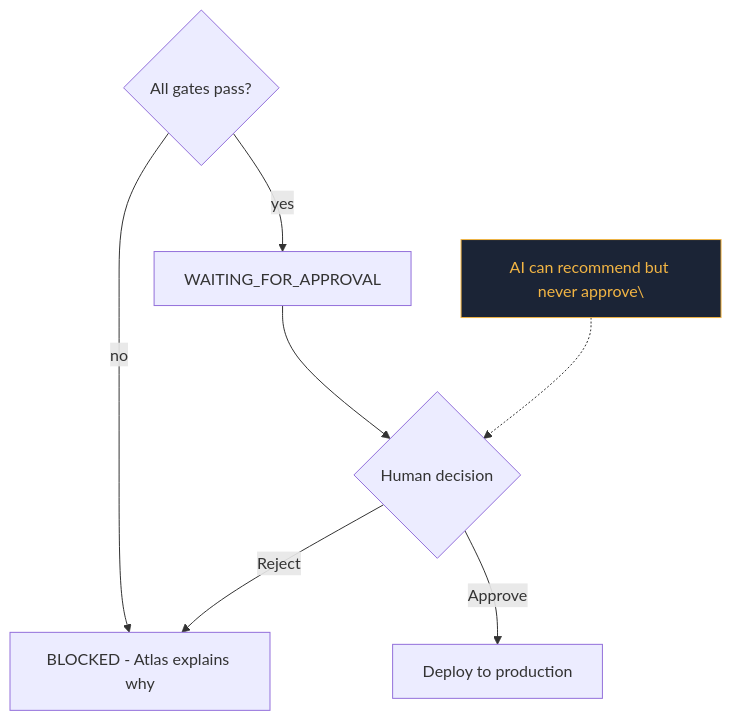
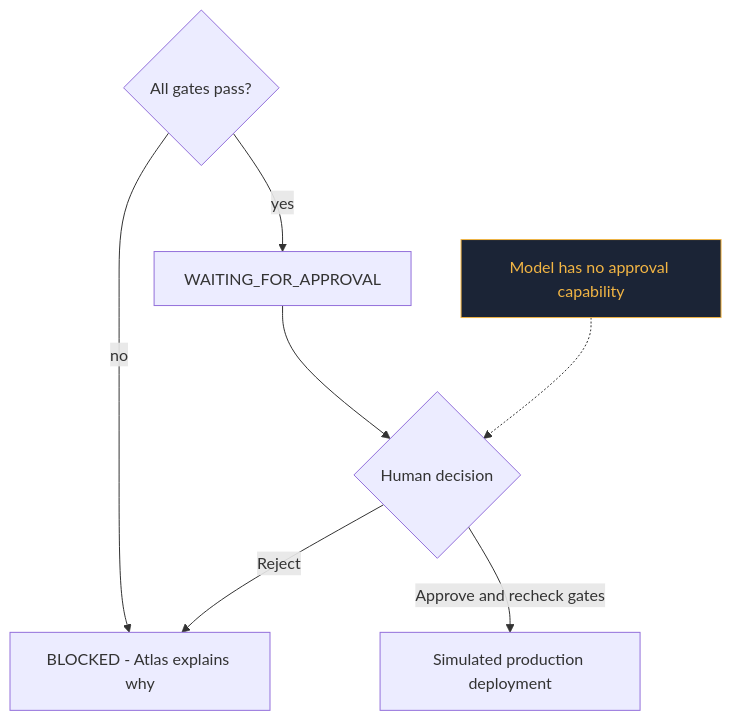
Before and after one commit to harshvishu/enterprise-copilot: the fifth of 5 diagrams in docs/architecture.md, drawn with Mermaid. The commit also changed other lines of this file and 39 other files, not shown here.

````diff
--- a/docs/architecture.md
+++ b/docs/architecture.md
@@ -136,16 +142,16 @@
 ```mermaid
 flowchart TD
 
     G{All gates pass?}
     G -->|no| B[BLOCKED - Atlas explains why]
     G -->|yes| Q[WAITING_FOR_APPROVAL]
 
     Q --> D{Human decision}
 
-    D -->|Approve| DEP[Deploy to production]
+    D -->|Approve and recheck gates| DEP[Simulated production deployment]
     D -->|Reject| B
 
-    note1[AI can recommend but never approve\]:::n -.-> D
+    note1[Model has no approval capability]:::n -.-> D
 
     classDef n fill:#1b2436,stroke:#f2b544,color:#f2b544
 ```
````
